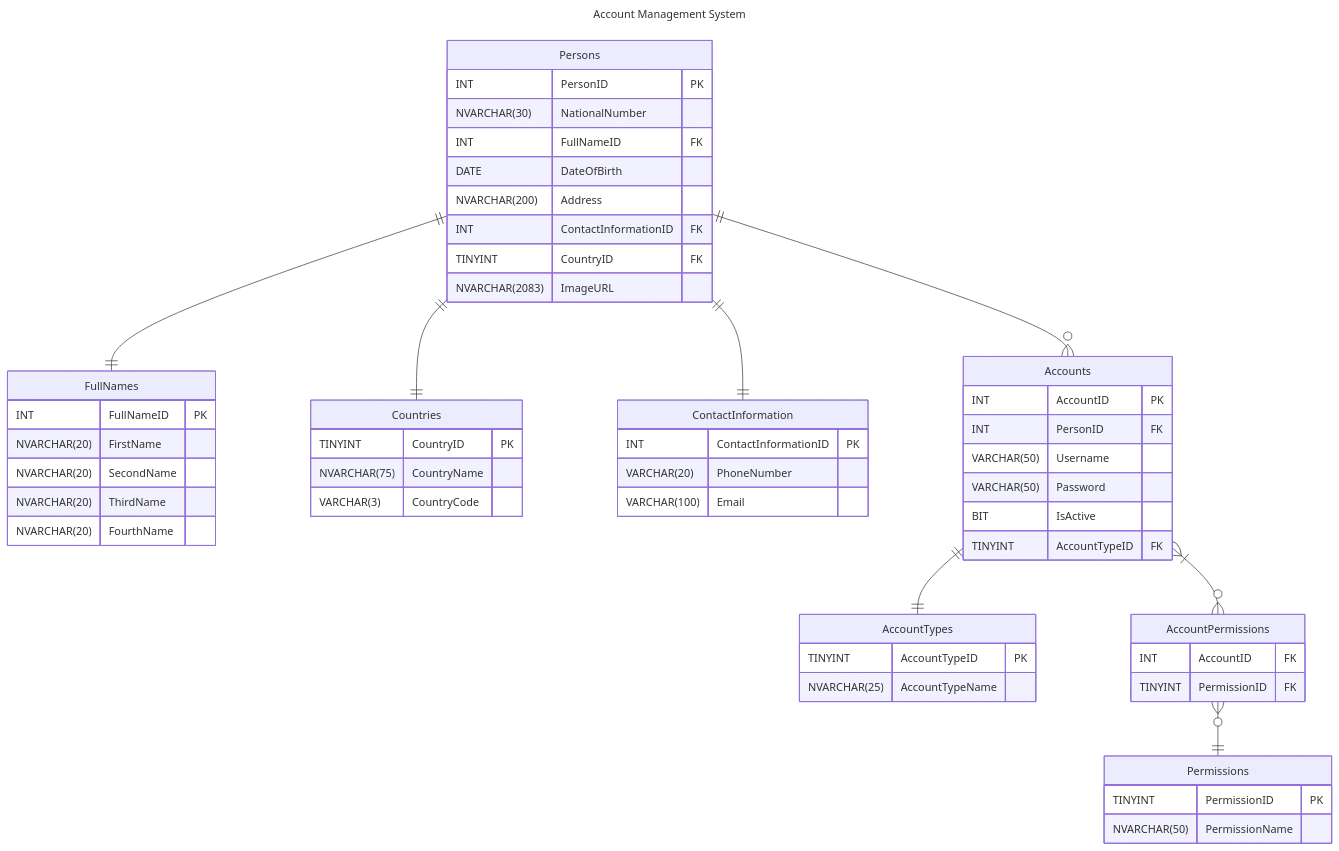
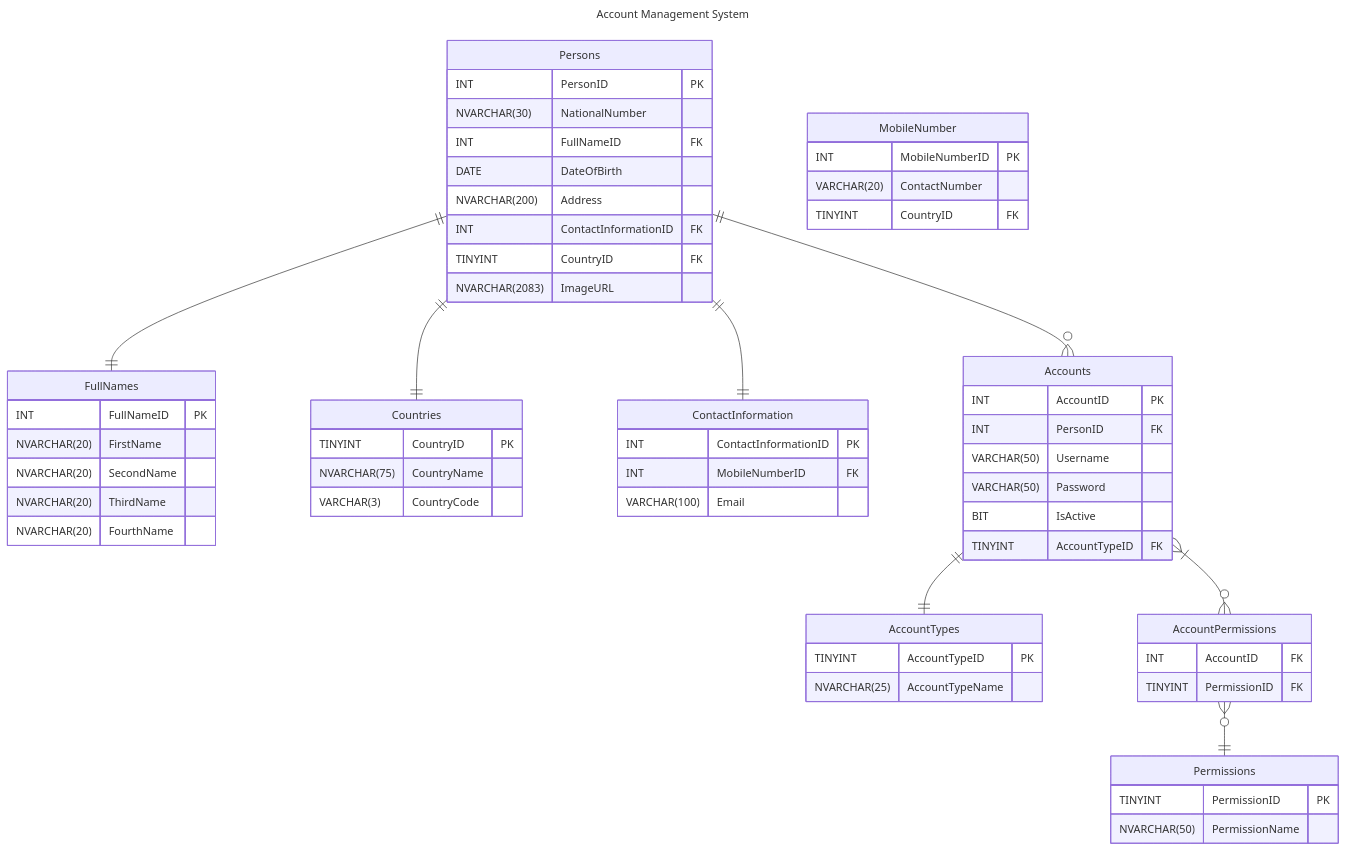
Before and after one commit to M4MD24/Full-Real-Project-by-Programming-Advices: the diagram in RelationalSchemasAndDatabases/AccountManagementSystem/AccountManagementSystem.mmd, drawn with Mermaid. The commit also changed 3 other files, not shown here.

Commit message:
Create MobileNumber Table

```diff
--- a/RelationalSchemasAndDatabases/AccountManagementSystem/AccountManagementSystem.mmd
+++ b/RelationalSchemasAndDatabases/AccountManagementSystem/AccountManagementSystem.mmd
@@ -1,59 +1,64 @@
 ---
 title: Account Management System
 ---
 erDiagram
     Persons {
         INT PersonID PK
         NVARCHAR(30) NationalNumber
         INT FullNameID FK
         DATE DateOfBirth
         NVARCHAR(200) Address
         INT ContactInformationID FK
         TINYINT CountryID FK
         NVARCHAR(2083) ImageURL
     }
     FullNames {
         INT FullNameID PK
         NVARCHAR(20) FirstName
         NVARCHAR(20) SecondName
         NVARCHAR(20) ThirdName
         NVARCHAR(20) FourthName
     }
     Countries {
         TINYINT CountryID PK
         NVARCHAR(75) CountryName
         VARCHAR(3) CountryCode
     }
+    MobileNumber {
+        INT MobileNumberID PK
+        VARCHAR(20) ContactNumber
+        TINYINT CountryID FK
+    }
     ContactInformation {
         INT ContactInformationID PK
-        VARCHAR(20) PhoneNumber
+        INT MobileNumberID FK
         VARCHAR(100) Email
     }
     AccountTypes {
         TINYINT AccountTypeID PK
         NVARCHAR(25) AccountTypeName
     }
     Accounts {
         INT AccountID PK
         INT PersonID FK
         VARCHAR(50) Username
         VARCHAR(50) Password
         BIT IsActive
         TINYINT AccountTypeID FK
     }
     AccountPermissions {
         INT AccountID FK
         TINYINT PermissionID FK
     }
     Permissions {
         TINYINT PermissionID PK
         NVARCHAR(50) PermissionName
     }
 
     Persons ||--|| FullNames: ""
     Persons ||--|| Countries: ""
     Persons ||--|| ContactInformation: ""
     Persons ||--o{ Accounts: ""
     Accounts ||--|| AccountTypes: ""
     Accounts }|--o{ AccountPermissions: ""
     AccountPermissions }o--|| Permissions: ""
```
